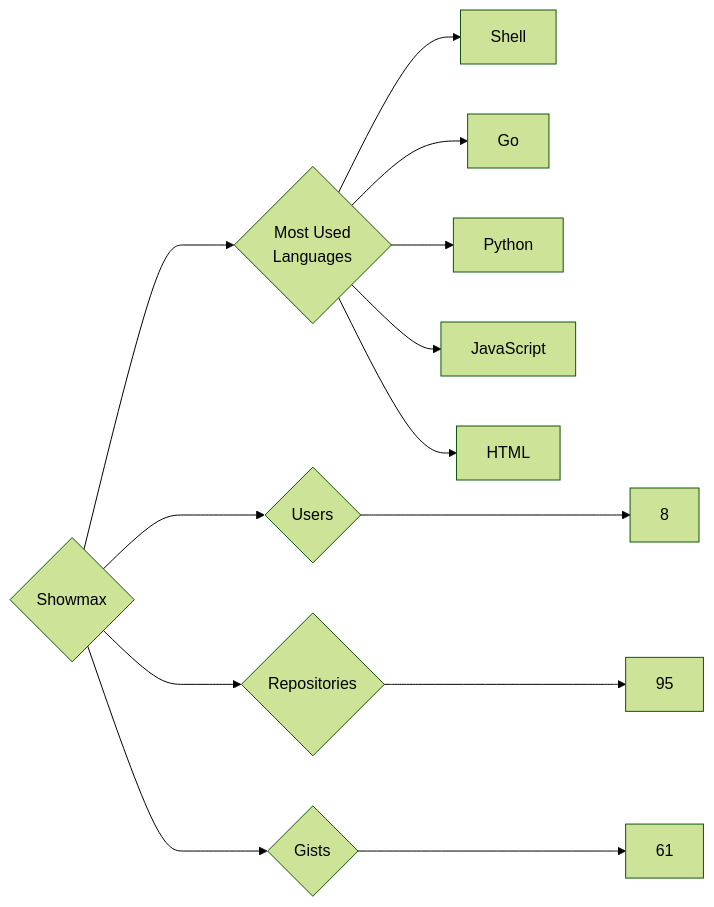
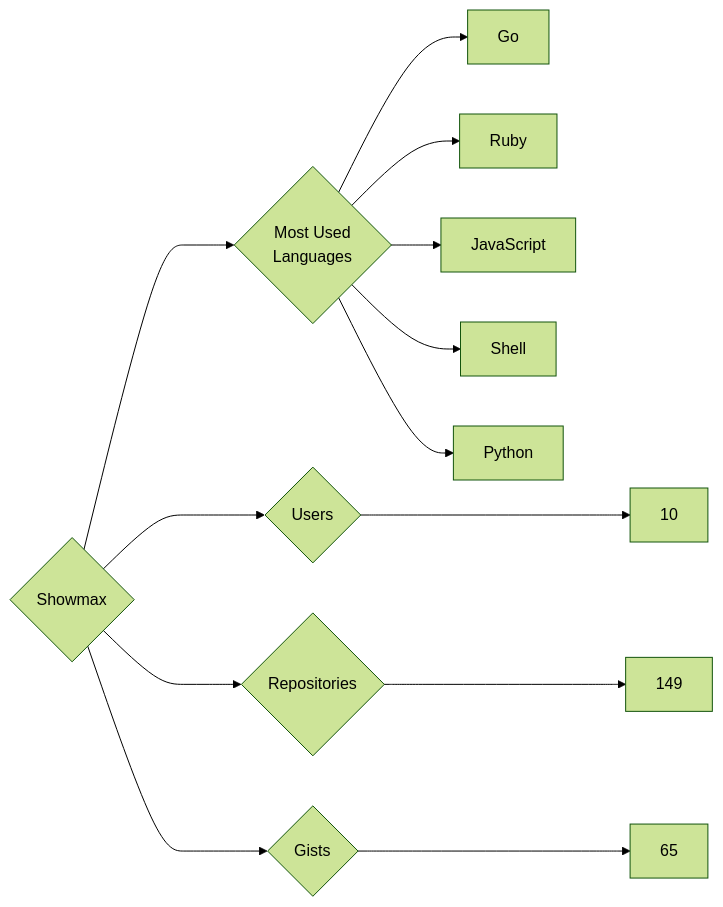
Before and after one commit to trickest/insiders: the diagram in targets/Showmax/README.md, drawn with Mermaid (forest theme). The commit also changed 928 other files, not shown here.

````diff
--- a/targets/Showmax/README.md
+++ b/targets/Showmax/README.md
@@ -3,13 +3,13 @@
 ```mermaid
 graph LR
 COMPANY_NAME{Showmax}
-COMPANY_NAME ---> U{Users} ---> UN[8]
-COMPANY_NAME ---> R{Repositories} ---> RN[95]
-COMPANY_NAME ---> G{Gists} ---> GN[61]
+COMPANY_NAME ---> U{Users} ---> UN[10]
+COMPANY_NAME ---> R{Repositories} ---> RN[149]
+COMPANY_NAME ---> G{Gists} ---> GN[65]
 COMPANY_NAME ---> ML{Most Used<br>Languages}
+ML --> Go[Go]
+ML --> Ruby[Ruby]
+ML --> JavaScript[JavaScript]
 ML --> Shell[Shell]
-ML --> Go[Go]
 ML --> Python[Python]
-ML --> JavaScript[JavaScript]
-ML --> HTML[HTML]
 ```
````
